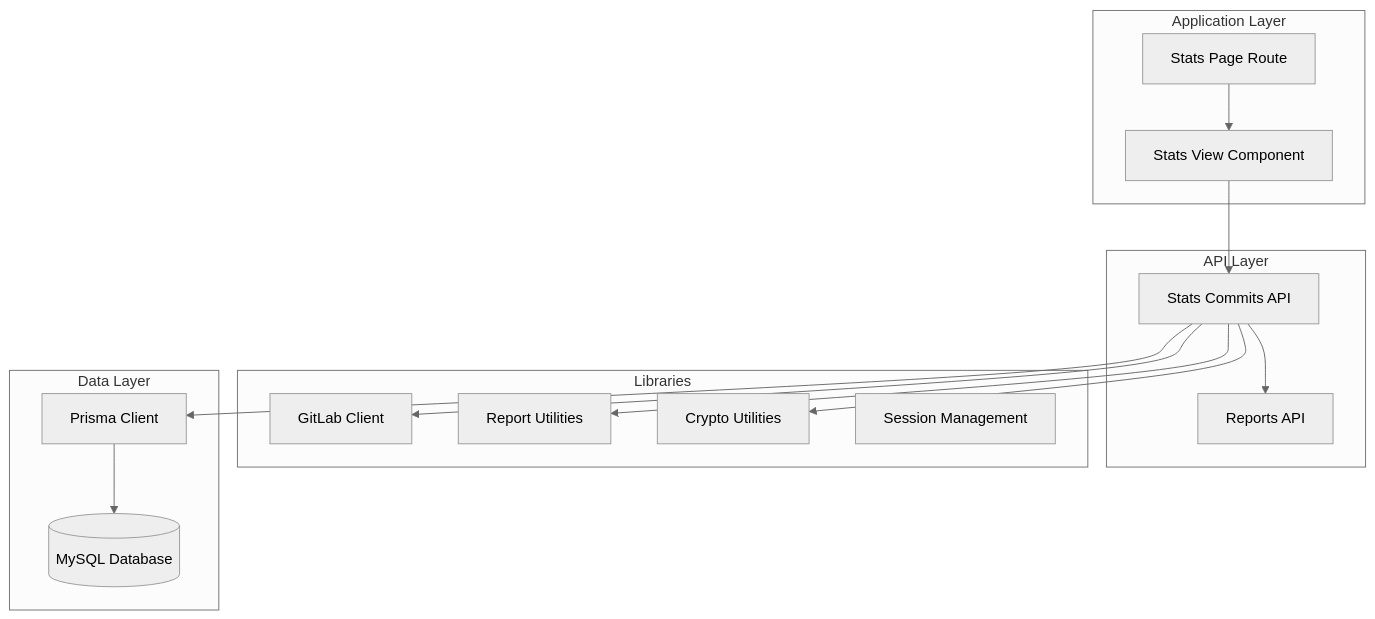
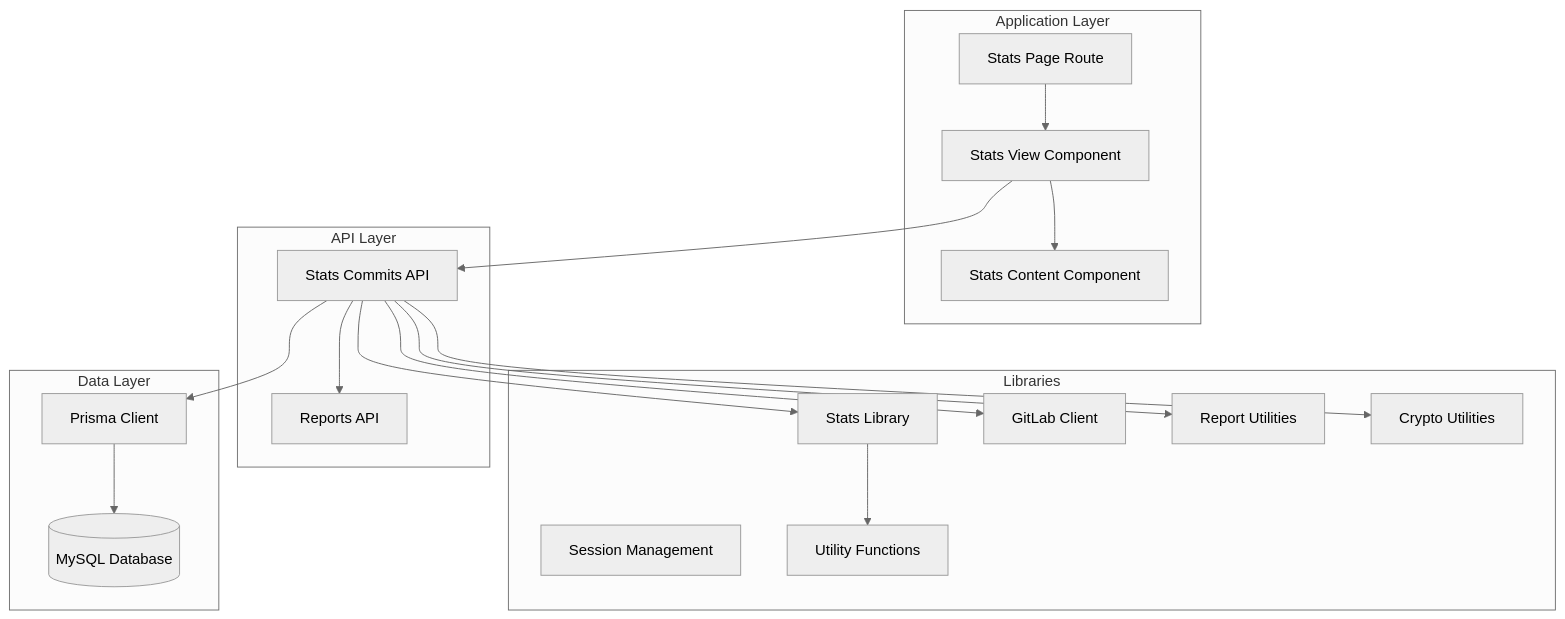
One commit to jrj444/git-daily changed the first of 7 diagrams in .qoder/repowiki/en/content/Frontend Components/Commit Statistics Dashboard.md. Above: the diagram before and after it, drawn with Mermaid (neutral theme). The commit also changed other lines of this file and 8 other files, not shown here.

````diff
--- a/.qoder/repowiki/en/content/Frontend Components/Commit Statistics Dashboard.md
+++ b/.qoder/repowiki/en/content/Frontend Components/Commit Statistics Dashboard.md
@@ -50,29 +52,35 @@
 ```mermaid
 graph TB
 subgraph "Application Layer"
 StatsPage[Stats Page Route]
 StatsView[Stats View Component]
+StatsContent[Stats Content Component]
 end
 subgraph "API Layer"
 StatsAPI[Stats Commits API]
 ReportsAPI[Reports API]
 end
 subgraph "Libraries"
+StatsLib[Stats Library]
 GitLabClient[GitLab Client]
 ReportLib[Report Utilities]
 CryptoLib[Crypto Utilities]
 SessionLib[Session Management]
+UtilsLib[Utility Functions]
 end
 subgraph "Data Layer"
 PrismaClient[Prisma Client]
 Database[(MySQL Database)]
 end
 StatsPage --> StatsView
+StatsView --> StatsContent
 StatsView --> StatsAPI
+StatsAPI --> StatsLib
 StatsAPI --> GitLabClient
 StatsAPI --> ReportLib
 StatsAPI --> CryptoLib
 StatsAPI --> PrismaClient
+StatsLib --> UtilsLib
 PrismaClient --> Database
 StatsAPI --> ReportsAPI
 ```
````
